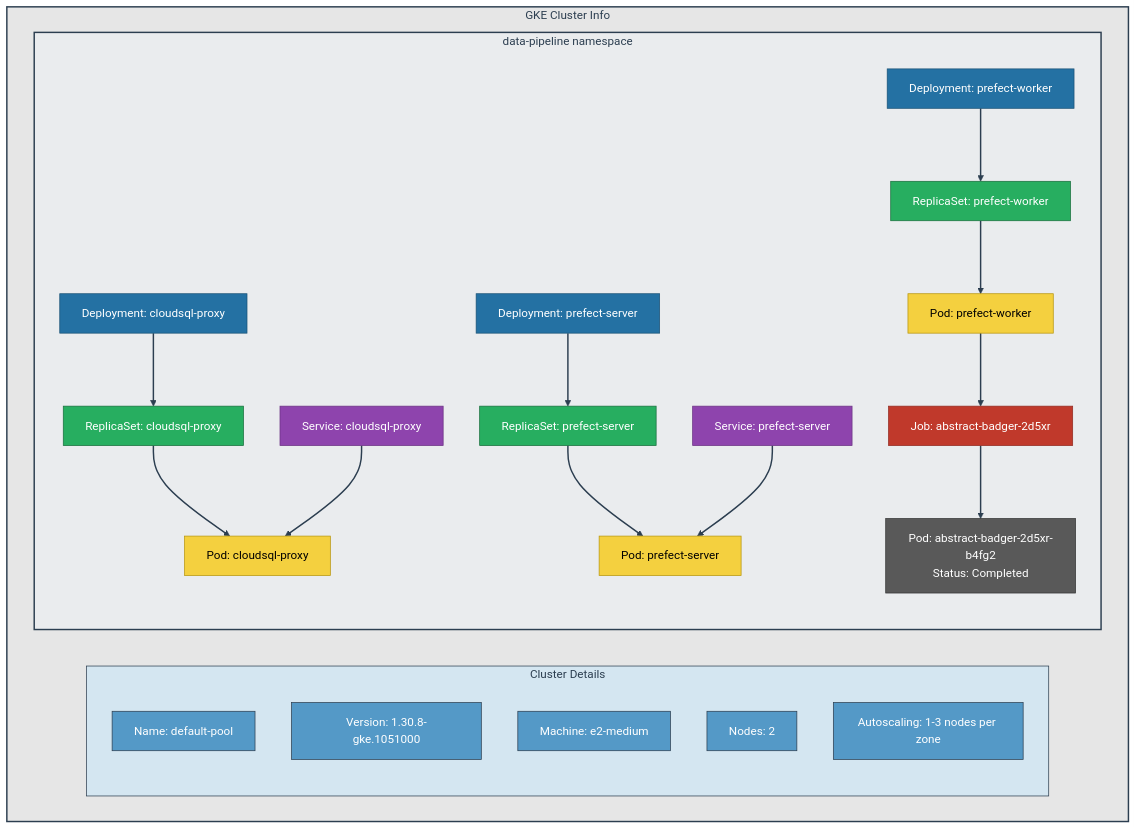
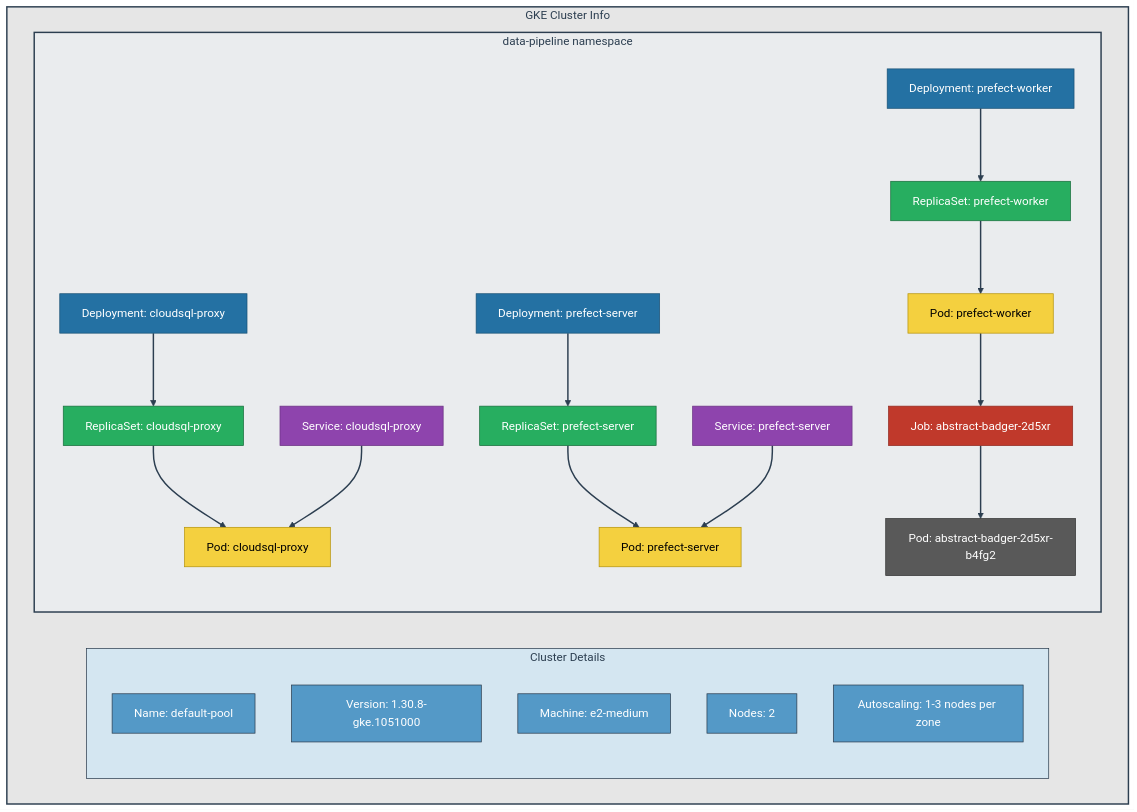
The second of 2 diagrams in README.md (ero67/Cloud-Computing-Project), drawn with Mermaid before and after one commit.

````diff
--- a/README.md
+++ b/README.md
@@ -145,46 +145,46 @@
 ```mermaid
 graph TD
    subgraph GKE-Cluster[GKE Cluster Info]
        subgraph Cluster-Details[Cluster Details]
            CN[Name: default-pool]
            CV[Version: 1.30.8-gke.1051000]
            CM[Machine: e2-medium]
            CN2[Nodes: 2]
            CAS[Autoscaling: 1-3 nodes per zone]
        end
        subgraph Namespace[data-pipeline namespace]
            D1[Deployment: cloudsql-proxy] --> RS1[ReplicaSet: cloudsql-proxy]
            D2[Deployment: prefect-server] --> RS2[ReplicaSet: prefect-server]
            D3[Deployment: prefect-worker] --> RS3[ReplicaSet: prefect-worker]
            RS1 --> P1[Pod: cloudsql-proxy]
            RS2 --> P2[Pod: prefect-server]
            RS3 --> P3[Pod: prefect-worker]
            S1[Service: cloudsql-proxy] --> P1
            S2[Service: prefect-server] --> P2
            P3 --> J1[Job: abstract-badger-2d5xr]
-           J1 --> FP1[Pod: abstract-badger-2d5xr-b4fg2\nStatus: Completed]
+           J1 --> FP1[Pod: abstract-badger-2d5xr-b4fg2]
        end
    end
    style GKE-Cluster fill:#e6e6e6,stroke:#2c3e50,stroke-width:2px,color:#2c3e50
    style Cluster-Details fill:#d4e6f1,stroke:#2c3e50,stroke-width:1px,color:#2c3e50
    style Namespace fill:#eaecee,stroke:#2c3e50,stroke-width:2px,color:#2c3e50
    
    classDef clusterInfo fill:#5499c7,stroke:#2c3e50,color:white
    classDef deployment fill:#2471a3,stroke:#1a5276,color:white
    classDef replicaset fill:#27ae60,stroke:#196f3d,color:white
    classDef pod fill:#f4d03f,stroke:#b7950b,color:black
    classDef service fill:#8e44ad,stroke:#6c3483,color:white
    classDef job fill:#c0392b,stroke:#922b21,color:white
    classDef completedPod fill:#595959,stroke:#333333,color:white
    
    %% Darken all arrows
    linkStyle default stroke:#2c3e50,stroke-width:2px
    
    class CN,CV,CM,CN2,CAS clusterInfo
    class D1,D2,D3 deployment
    class RS1,RS2,RS3 replicaset
    class P1,P2,P3 pod
    class S1,S2 service
    class J1 job
    class FP1 completedPod
 ```
````
